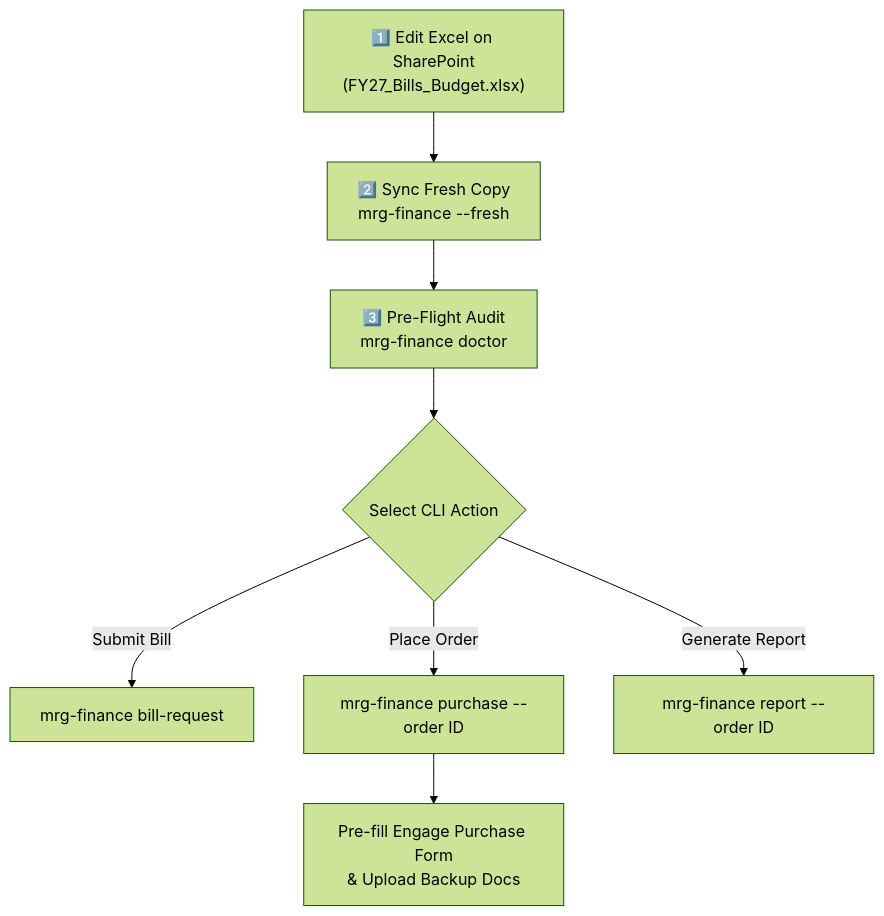
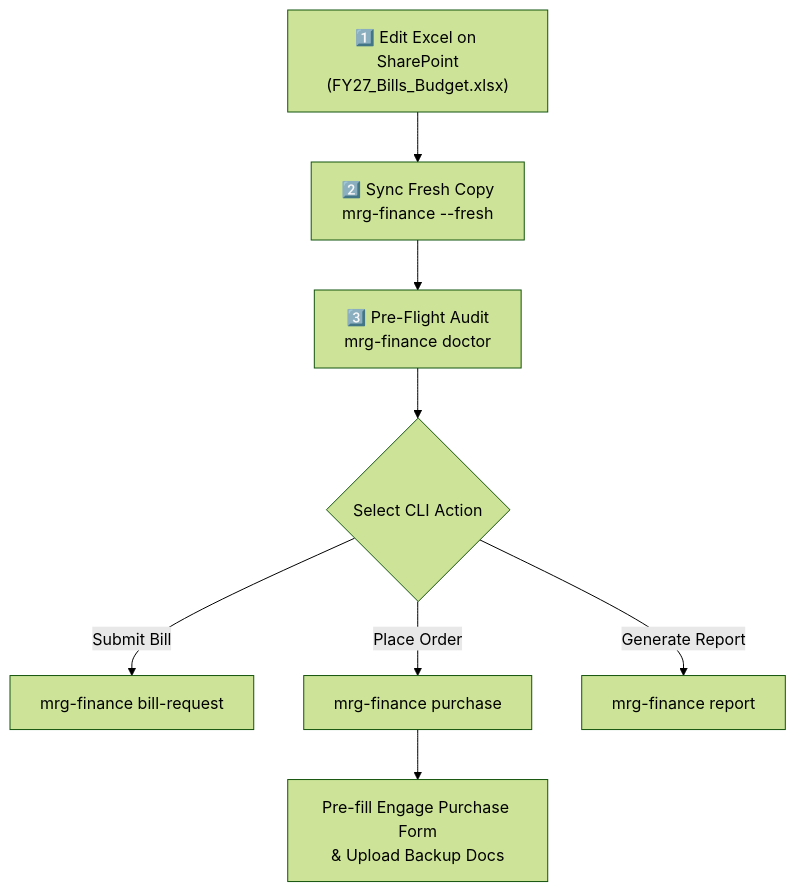
The diagram in README.md (gt-marine-robotics-group/finance), drawn with Mermaid (forest theme) before and after one commit.

Commit message:
Update commands in README for clarity

````diff
--- a/README.md
+++ b/README.md
@@ -79,10 +79,10 @@
 ```mermaid
 flowchart TD
     A["1️⃣ Edit Excel on SharePoint<br/>(FY27_Bills_Budget.xlsx)"] --> B["2️⃣ Sync Fresh Copy<br/>mrg-finance --fresh"]
     B --> C["3️⃣ Pre-Flight Audit<br/>mrg-finance doctor"]
     C --> D{"Select CLI Action"}
     D -->|"Submit Bill"| E["mrg-finance bill-request"]
-    D -->|"Place Order"| F["mrg-finance purchase --order ID"]
-    D -->|"Generate Report"| G["mrg-finance report --order ID"]
+    D -->|"Place Order"| F["mrg-finance purchase"]
+    D -->|"Generate Report"| G["mrg-finance report"]
     F --> I["Pre-fill Engage Purchase Form<br/>& Upload Backup Docs"]
 ```
````
